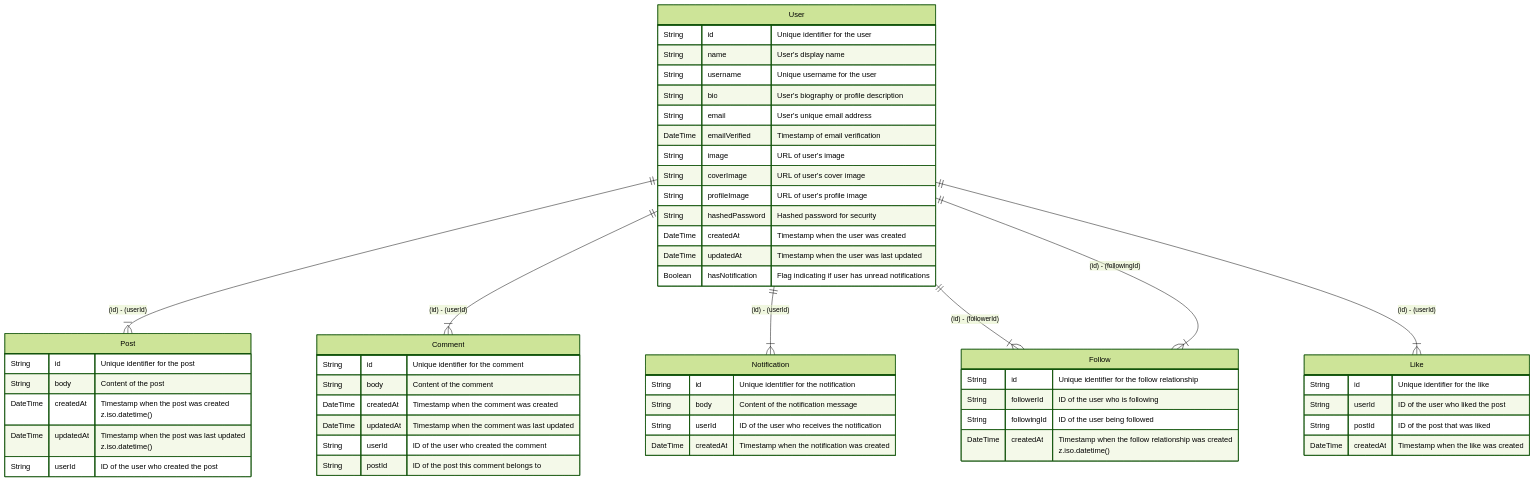
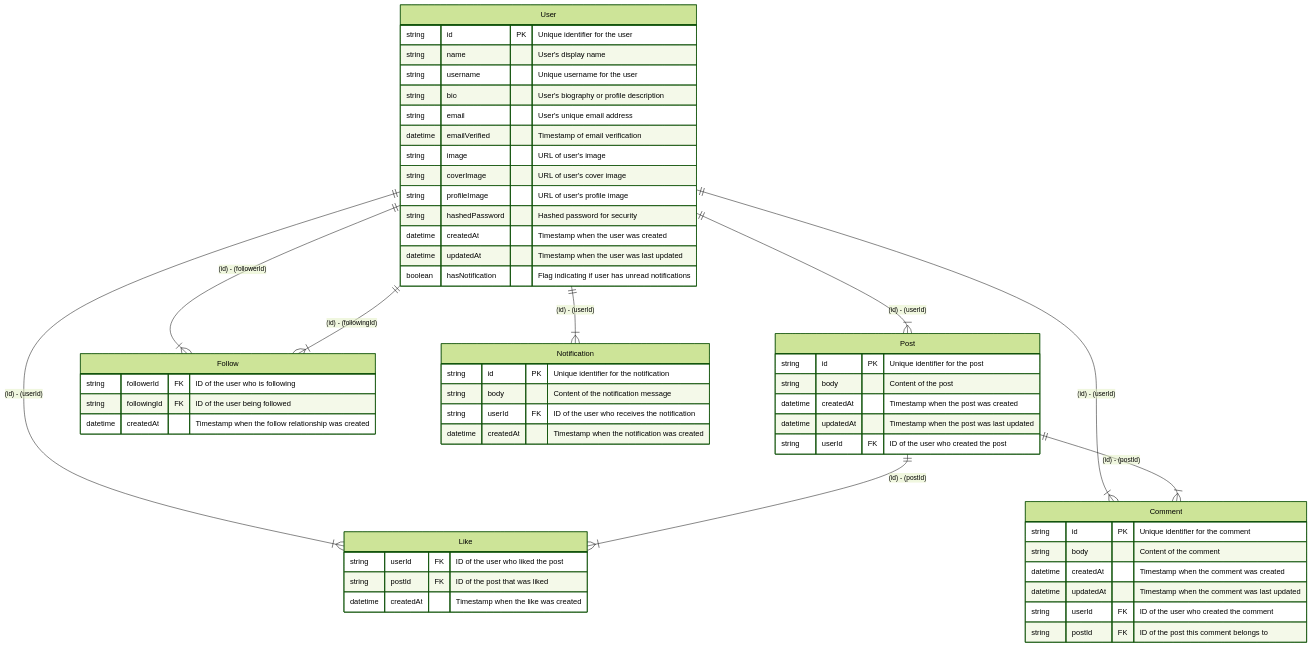
Before and after one commit to nakita628/hekireki: the diagram in fixtures/twitter-clone-sample/ER.md, drawn with Mermaid (forest theme). The commit also changed 55 other files, not shown here.

````diff
--- a/fixtures/twitter-clone-sample/ER.md
+++ b/fixtures/twitter-clone-sample/ER.md
@@ -1,60 +1,57 @@
 ```mermaid
 erDiagram
     User ||--}| Post : "(id) - (userId)"
-    User ||--}| Comment : "(id) - (userId)"
-    User ||--}| Notification : "(id) - (userId)"
     User ||--}| Follow : "(id) - (followerId)"
     User ||--}| Follow : "(id) - (followingId)"
     User ||--}| Like : "(id) - (userId)"
+    Post ||--}| Like : "(id) - (postId)"
+    User ||--}| Comment : "(id) - (userId)"
+    Post ||--}| Comment : "(id) - (postId)"
+    User ||--}| Notification : "(id) - (userId)"
     User {
-        String id "Unique identifier for the user"
-        String name "User's display name"
-        String username "Unique username for the user"
-        String bio "User's biography or profile description"
-        String email "User's unique email address"
-        DateTime emailVerified "Timestamp of email verification"
-        String image "URL of user's image"
-        String coverImage "URL of user's cover image"
-        String profileImage "URL of user's profile image"
-        String hashedPassword "Hashed password for security"
-        DateTime createdAt "Timestamp when the user was created"
-        DateTime updatedAt "Timestamp when the user was last updated"
-        Boolean hasNotification "Flag indicating if user has unread notifications"
+        string id PK "Unique identifier for the user"
+        string name "User's display name"
+        string username "Unique username for the user"
+        string bio "User's biography or profile description"
+        string email "User's unique email address"
+        datetime emailVerified "Timestamp of email verification"
+        string image "URL of user's image"
+        string coverImage "URL of user's cover image"
+        string profileImage "URL of user's profile image"
+        string hashedPassword "Hashed password for security"
+        datetime createdAt "Timestamp when the user was created"
+        datetime updatedAt "Timestamp when the user was last updated"
+        boolean hasNotification "Flag indicating if user has unread notifications"
     }
     Post {
-        String id "Unique identifier for the post"
-        String body "Content of the post"
-        DateTime createdAt "Timestamp when the post was created
-z.iso.datetime()"
-        DateTime updatedAt "Timestamp when the post was last updated
-z.iso.datetime()"
-        String userId "ID of the user who created the post"
+        string id PK "Unique identifier for the post"
+        string body "Content of the post"
+        datetime createdAt "Timestamp when the post was created"
+        datetime updatedAt "Timestamp when the post was last updated"
+        string userId FK "ID of the user who created the post"
     }
     Follow {
-        String id "Unique identifier for the follow relationship"
-        String followerId "ID of the user who is following"
-        String followingId "ID of the user being followed"
-        DateTime createdAt "Timestamp when the follow relationship was created
-z.iso.datetime()"
+        string followerId FK "ID of the user who is following"
+        string followingId FK "ID of the user being followed"
+        datetime createdAt "Timestamp when the follow relationship was created"
     }
     Like {
-        String id "Unique identifier for the like"
-        String userId "ID of the user who liked the post"
-        String postId "ID of the post that was liked"
-        DateTime createdAt "Timestamp when the like was created"
+        string userId FK "ID of the user who liked the post"
+        string postId FK "ID of the post that was liked"
+        datetime createdAt "Timestamp when the like was created"
     }
     Comment {
-        String id "Unique identifier for the comment"
-        String body "Content of the comment"
-        DateTime createdAt "Timestamp when the comment was created"
-        DateTime updatedAt "Timestamp when the comment was last updated"
-        String userId "ID of the user who created the comment"
-        String postId "ID of the post this comment belongs to"
+        string id PK "Unique identifier for the comment"
+        string body "Content of the comment"
+        datetime createdAt "Timestamp when the comment was created"
+        datetime updatedAt "Timestamp when the comment was last updated"
+        string userId FK "ID of the user who created the comment"
+        string postId FK "ID of the post this comment belongs to"
     }
     Notification {
-        String id "Unique identifier for the notification"
-        String body "Content of the notification message"
-        String userId "ID of the user who receives the notification"
-        DateTime createdAt "Timestamp when the notification was created"
+        string id PK "Unique identifier for the notification"
+        string body "Content of the notification message"
+        string userId FK "ID of the user who receives the notification"
+        datetime createdAt "Timestamp when the notification was created"
     }
 ```
````
